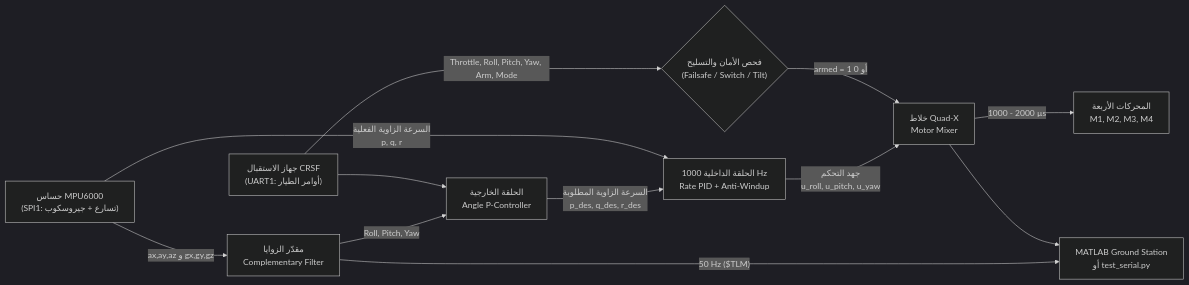
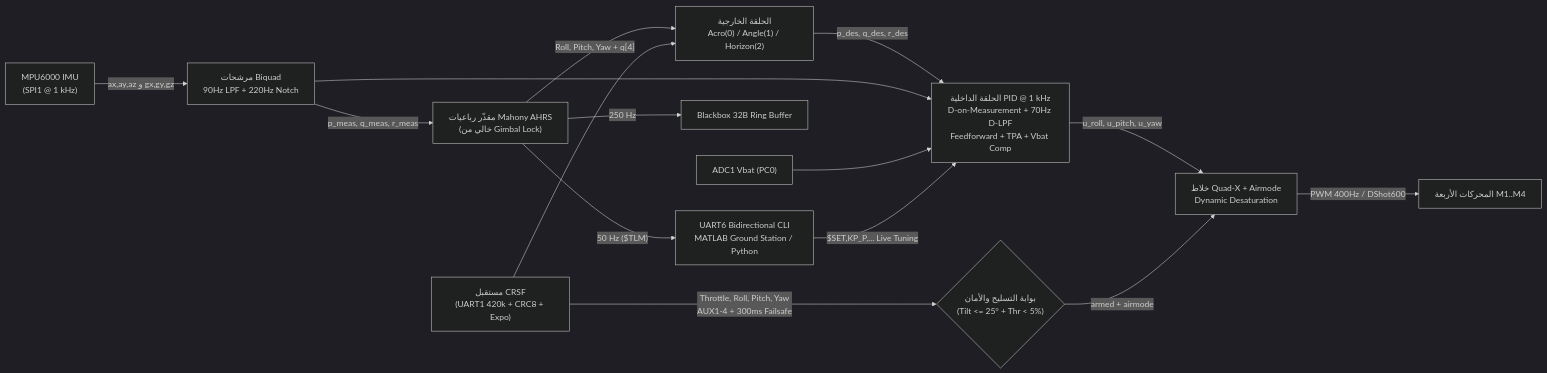
One commit to houssem2055/mamba-f405-drone changed the diagram in FULL_PROJECT_GUIDE_AR.md. Above: the diagram before and after it, drawn with Mermaid (dark theme). The commit also changed other lines of this file and 40 other files, not shown here.

Commit message:
Major Aerospace Upgrade: Biquad LPF/Notch, Mahony AHRS, Airmode, TPA/Vbat, LQR/Bode, Simulink .slx, Bare-Metal STM32F405 BSP & Verified C-vs-MATLAB SIL

````diff
--- a/FULL_PROJECT_GUIDE_AR.md
+++ b/FULL_PROJECT_GUIDE_AR.md
@@ -48,14 +26,17 @@
 ```mermaid
 flowchart LR
-    IMU["حساس MPU6000\n(SPI1: تسارع + جيروسكوب)"] -->|"ax,ay,az و gx,gy,gz"| EST["مقدّر الزوايا\nComplementary Filter"]
-    RC["جهاز الاستقبال CRSF\n(UART1: أوامر الطيار)"] -->|"Throttle, Roll, Pitch, Yaw, Arm, Mode"| ARM{"فحص الأمان والتسليح\n(Failsafe / Switch / Tilt)"}
-    EST -->|"Roll, Pitch, Yaw"| OUTER["الحلقة الخارجية\nAngle P-Controller"]
+    IMU["MPU6000 IMU\n(SPI1 @ 1 kHz)"] -->|"ax,ay,az و gx,gy,gz"| BIQUAD["مرشحات Biquad\n90Hz LPF + 220Hz Notch"]
+    BIQUAD -->|"p_meas, q_meas, r_meas"| MAHONY["مقدّر رباعيات Mahony AHRS\n(خالي من Gimbal Lock)"]
+    RC["مستقبل CRSF\n(UART1 420k + CRC8 + Expo)"] -->|"Throttle, Roll, Pitch, Yaw\nAUX1-4 + 300ms Failsafe"| ARM{"بوابة التسليح والأمان\n(Tilt <= 25° + Thr < 5%)"}
+    MAHONY -->|"Roll, Pitch, Yaw + q[4]"| OUTER["الحلقة الخارجية\nAcro(0) / Angle(1) / Horizon(2)"]
     RC --> OUTER
-    OUTER -->|"السرعة الزاوية المطلوبة\np_des, q_des, r_des"| INNER["الحلقة الداخلية 1000 Hz\nRate PID + Anti-Windup"]
-    IMU -->|"السرعة الزاوية الفعلية\np, q, r"| INNER
-    INNER -->|"جهد التحكم\nu_roll, u_pitch, u_yaw"| MIX["خلاط Quad-X\nMotor Mixer"]
-    ARM -->|"armed = 1 أو 0"| MIX
-    MIX -->|"1000 - 2000 µs"| ESC["المحركات الأربعة\nM1, M2, M3, M4"]
-    EST -->|"50 Hz ($TLM)"| TLM["MATLAB Ground Station\nأو test_serial.py"]
-    MIX --> TLM
+    OUTER -->|"p_des, q_des, r_des"| INNER["الحلقة الداخلية PID @ 1 kHz\nD-on-Measurement + 70Hz D-LPF\nFeedforward + TPA + Vbat Comp"]
+    BIQUAD --> INNER
+    ADC["ADC1 Vbat (PC0)"] --> INNER
+    INNER -->|"u_roll, u_pitch, u_yaw"| MIX["خلاط Quad-X + Airmode\nDynamic Desaturation"]
+    ARM -->|"armed + airmode"| MIX
+    MIX -->|"PWM 400Hz / DShot600"| ESC["المحركات الأربعة M1..M4"]
+    MAHONY -->|"250 Hz"| BB["Blackbox 32B Ring Buffer"]
+    MAHONY -->|"50 Hz ($TLM)"| TLM["UART6 Bidirectional CLI\nMATLAB Ground Station / Python"]
+    TLM -->|"$SET,KP_P,... Live Tuning"| INNER
 ```
````
